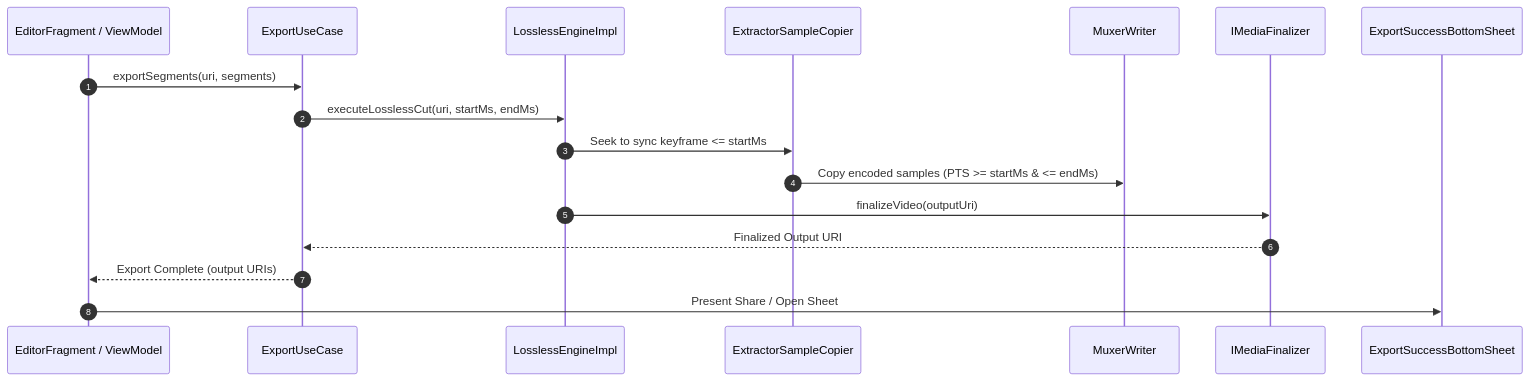
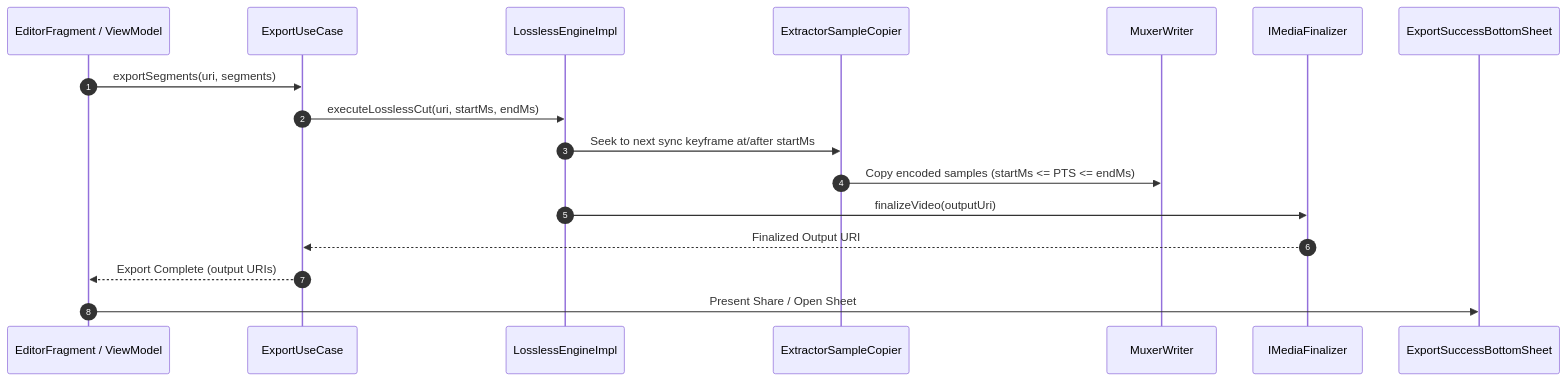
One commit to tazztone/losslesscut-android changed the second of 3 diagrams in docs/architecture.md. Above: the diagram before and after it, drawn with Mermaid. The commit also changed other lines of this file and 8 other files, not shown here.

````diff
--- a/docs/architecture.md
+++ b/docs/architecture.md
@@ -154,20 +154,20 @@
 ```mermaid
 sequenceDiagram
     autonumber
     participant UI as EditorFragment / ViewModel
     participant UC as ExportUseCase
     participant Engine as LosslessEngineImpl
     participant Copier as ExtractorSampleCopier
     participant Muxer as MuxerWriter
     participant Fin as IMediaFinalizer
     participant Share as ExportSuccessBottomSheet
 
     UI->>UC: exportSegments(uri, segments)
     UC->>Engine: executeLosslessCut(uri, startMs, endMs)
-    Engine->>Copier: Seek to sync keyframe <= startMs
-    Copier->>Muxer: Copy encoded samples (PTS >= startMs & <= endMs)
+    Engine->>Copier: Seek to next sync keyframe at/after startMs
+    Copier->>Muxer: Copy encoded samples (startMs <= PTS <= endMs)
     Engine->>Fin: finalizeVideo(outputUri)
     Fin-->>UC: Finalized Output URI
     UC-->>UI: Export Complete (output URIs)
     UI->>Share: Present Share / Open Sheet
 ```
````
